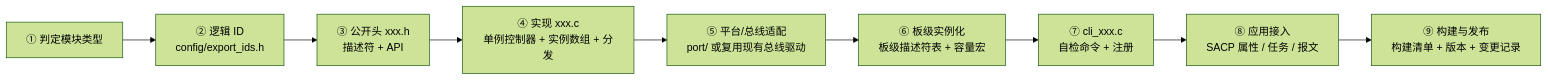
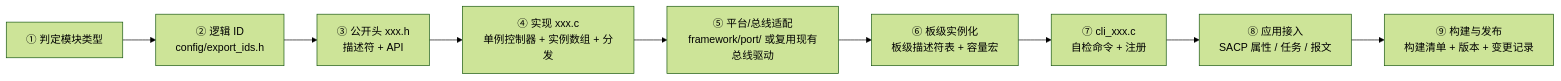
Before and after one commit to Clara-NP/demo: the second of 2 diagrams in docs/guides/module-development.md, drawn with Mermaid (forest theme). The commit also changed other lines of this file and 28 other files, not shown here.

````diff
--- a/docs/guides/module-development.md
+++ b/docs/guides/module-development.md
@@ -68,11 +68,11 @@
 ```mermaid
 graph LR
   A["① 判定模块类型"] --> B["② 逻辑 ID<br/>config/export_ids.h"]
   B --> C["③ 公开头 xxx.h<br/>描述符 + API"]
   C --> D["④ 实现 xxx.c<br/>单例控制器 + 实例数组 + 分发"]
-  D --> E["⑤ 平台/总线适配<br/>port/ 或复用现有总线驱动"]
+  D --> E["⑤ 平台/总线适配<br/>framework/port/ 或复用现有总线驱动"]
   E --> F["⑥ 板级实例化<br/>板级描述符表 + 容量宏"]
   F --> G["⑦ cli_xxx.c<br/>自检命令 + 注册"]
   G --> H["⑧ 应用接入<br/>SACP 属性 / 任务 / 报文"]
   H --> I["⑨ 构建与发布<br/>构建清单 + 版本 + 变更记录"]
 ```
````
